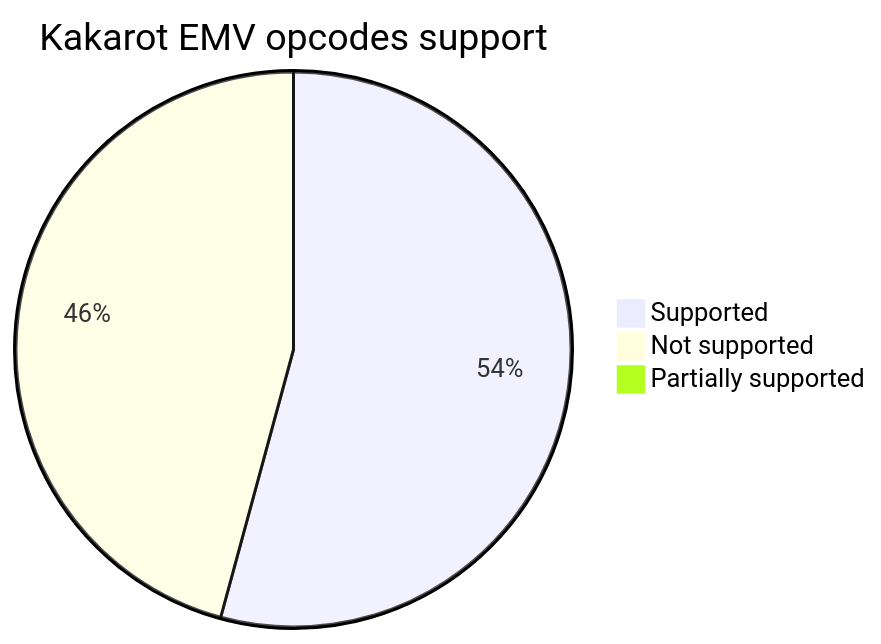
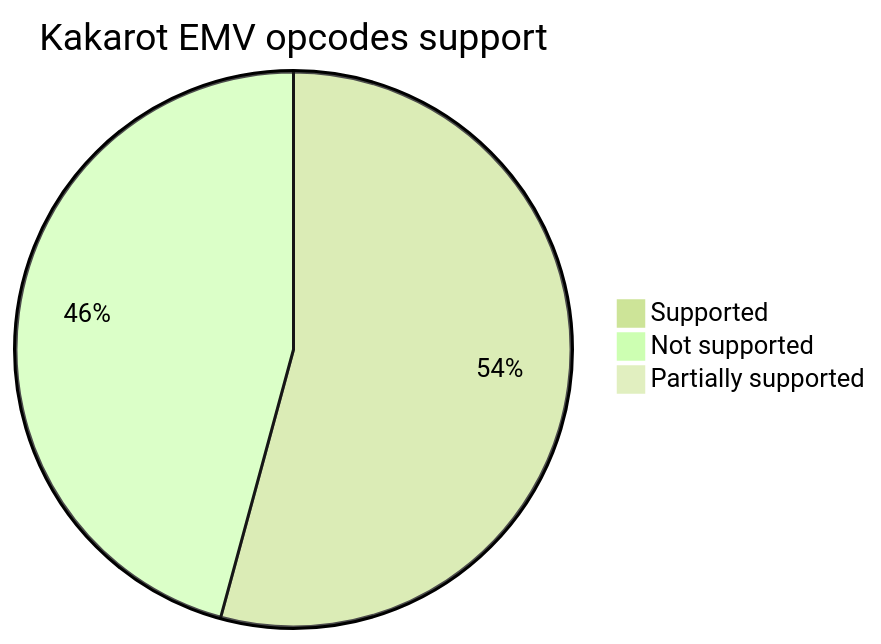
One commit to kkrt-labs/kakarot changed the diagram in README.md. Above: the diagram before and after it, drawn with Mermaid.

Commit message:
💄 use forest theme for mermaid pie chart

````diff
--- a/README.md
+++ b/README.md
@@ -39,6 +39,7 @@
 ```mermaid
+%%{init: {'theme': 'forest', 'themeVariables': { 'darkMode': 'false'}}}%%
 pie title Kakarot EMV opcodes support
     "Supported" : 77
     "Not supported" : 65
     "Partially supported" : 0
 ```
````
